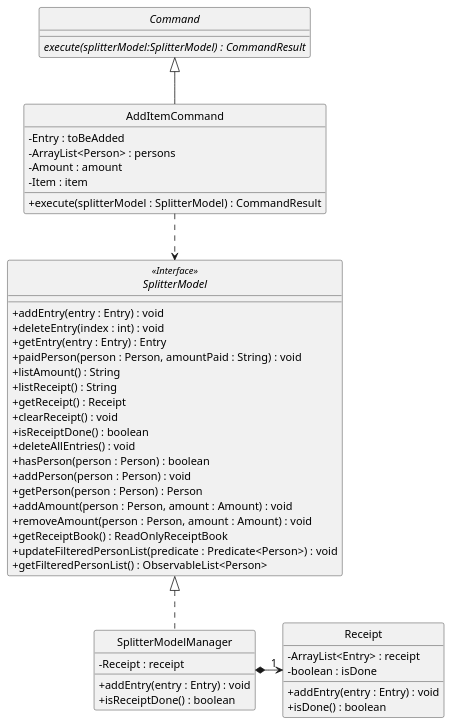
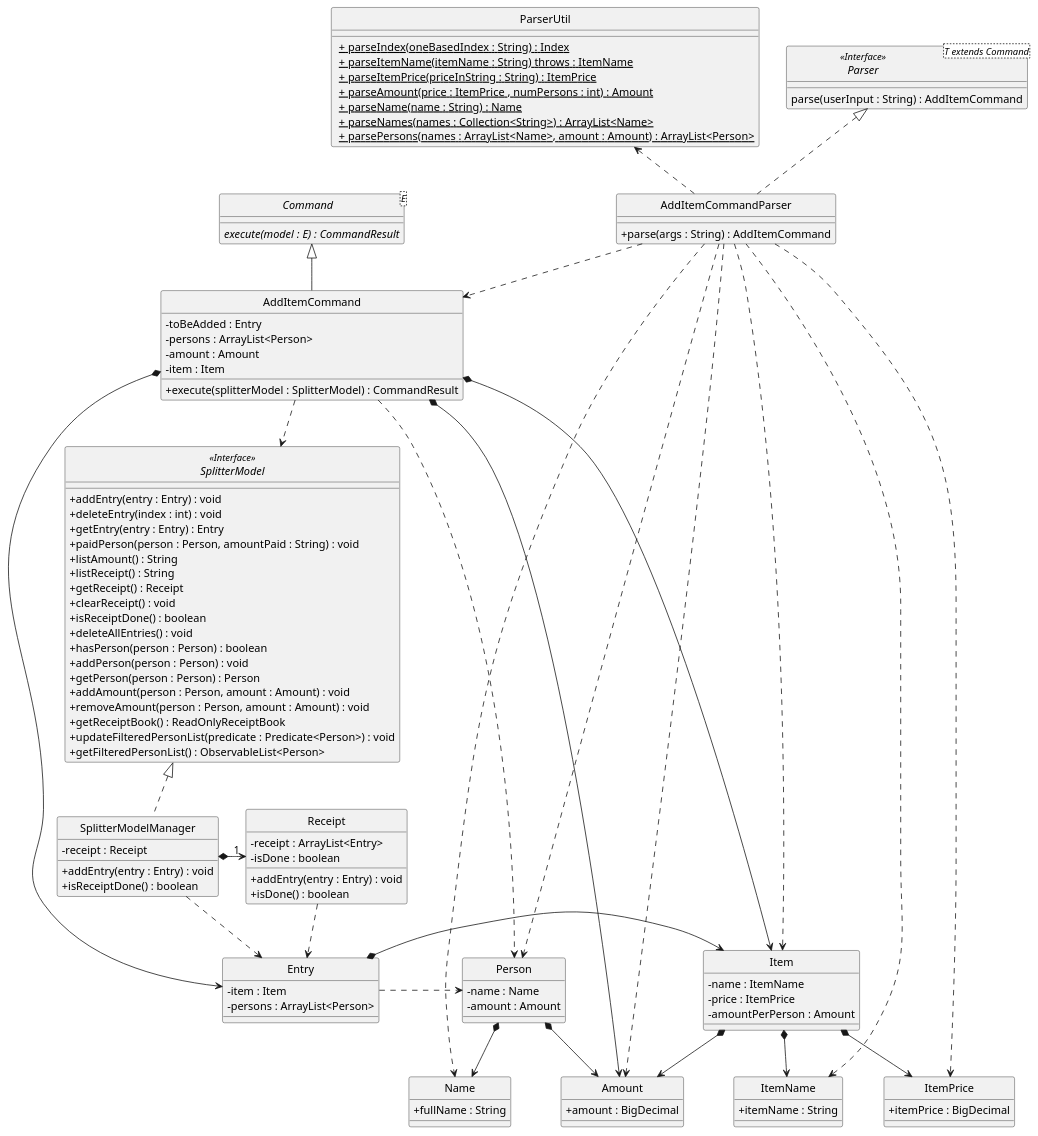
Before and after one commit to nus-cs2103-AY1920S2/addressbook-level3: the diagram in docs/diagrams/ExpenseSplitterAddItemCommandClassDiagram.puml, drawn with PlantUML. The commit also changed 5 other files, not shown here.

Commit message:
Updated sequence diagrams

```diff
--- a/docs/diagrams/ExpenseSplitterAddItemCommandClassDiagram.puml
+++ b/docs/diagrams/ExpenseSplitterAddItemCommandClassDiagram.puml
@@ -1,73 +1,153 @@
 @startuml
-/' @author @ailanthustng'/
+/' @author @ailanthustng '/
 
 skinparam backgroundColor #ffffff
 skinparam classAttributeIconSize 0
 hide circle
 
+abstract class Command<E> {
+    {abstract} execute(model : E) : CommandResult
+}
 
-abstract class Command {
-    {abstract} execute(splitterModel:SplitterModel) : CommandResult
+class AddItemCommandParser implements Parser {
+    /' Methods '/
+    + parse(args : String) : AddItemCommand
+}
+
+interface Parser<T extends Command> <<Interface>> {
+    parse(userInput : String) : AddItemCommand
 }
 
 class AddItemCommand extends Command {
     /' Fields '/
-    - Entry : toBeAdded
-    - ArrayList<Person> : persons
-    - Amount : amount
-    - Item : item
+    - toBeAdded : Entry
+    - persons : ArrayList<Person>
+    - amount : Amount
+    - item : Item
 
     /' Methods '/
     + execute(splitterModel : SplitterModel) : CommandResult
 
 }
 
 interface SplitterModel <<Interface>> {
     + addEntry(entry : Entry) : void
     + deleteEntry(index : int) : void
     + getEntry(entry : Entry) : Entry
     + paidPerson(person : Person, amountPaid : String) : void
     + listAmount() : String
     + listReceipt() : String
     + getReceipt() : Receipt
     + clearReceipt() : void
     + isReceiptDone() : boolean
     + deleteAllEntries() : void
     + hasPerson(person : Person) : boolean
     + addPerson(person : Person) : void
     + getPerson(person : Person) : Person
     + addAmount(person : Person, amount : Amount) : void
     + removeAmount(person : Person, amount : Amount) : void
     + getReceiptBook() : ReadOnlyReceiptBook
     + updateFilteredPersonList(predicate : Predicate<Person>) : void
     + getFilteredPersonList() : ObservableList<Person>
 }
 
 
 class SplitterModelManager implements SplitterModel {
     /' Fields '/
-    - Receipt : receipt
+    - receipt : Receipt
 
     /' Methods '/
     + addEntry(entry : Entry) : void
     + isReceiptDone() : boolean
 }
 
 class Receipt {
     /' Fields '/
-    - ArrayList<Entry> : receipt
-    - boolean : isDone
+    - receipt : ArrayList<Entry>
+    - isDone : boolean
 
     /' Methods '/
     + addEntry(entry : Entry) : void
     + isDone() : boolean
 }
 
+class ParserUtil {
+    <u> + parseIndex(oneBasedIndex : String) : Index
+    <u> + parseItemName(itemName : String) throws : ItemName
+    <u> + parseItemPrice(priceInString : String) : ItemPrice
+    <u> + parseAmount(price : ItemPrice , numPersons : int) : Amount
+    <u> + parseName(name : String) : Name
+    <u> + parseNames(names : Collection<String>) : ArrayList<Name>
+    <u> + parsePersons(names : ArrayList<Name>, amount : Amount) : ArrayList<Person>
+}
+
+class Name {
+    /' Fields '/
+    + fullName : String
+}
+
+class ItemName {
+    /' Fields '/
+    + itemName : String
+}
+
+class ItemPrice {
+    /' Fields '/
+    + itemPrice : BigDecimal
+}
+
+class Item {
+    /' Fields '/
+    - name : ItemName
+    - price : ItemPrice
+    - amountPerPerson : Amount
+}
+
+class Amount {
+    /' Fields '/
+    + amount : BigDecimal
+}
+
+class Person {
+    /' Fields '/
+    - name : Name
+    - amount : Amount
+}
+
+class Entry {
+    /' Fields '/
+    - item : Item
+    - persons : ArrayList<Person>
+}
 
 
+Item *--> Amount
+Item *--> ItemName
+Item *--> ItemPrice
 
+AddItemCommand *-right-> Entry
+AddItemCommand *--> Item
+AddItemCommand ..> Person
+AddItemCommand *--> Amount
 AddItemCommand ..> SplitterModel
+
+Person *--> Name
+Person *--> Amount
+
+Entry .right.> Person
+Entry *-right-> Item
+
+AddItemCommandParser ..> AddItemCommand
+AddItemCommandParser ..> Name
+AddItemCommandParser ..> Amount
+AddItemCommandParser ..> Person
+AddItemCommandParser ..> ItemName
+AddItemCommandParser ..> ItemPrice
+AddItemCommandParser ..> Item
+AddItemCommandParser .up.> ParserUtil
+SplitterModelManager ..> Entry
+Receipt ..> Entry
 SplitterModelManager *-right->"1" Receipt
 
 
 @enduml
```
